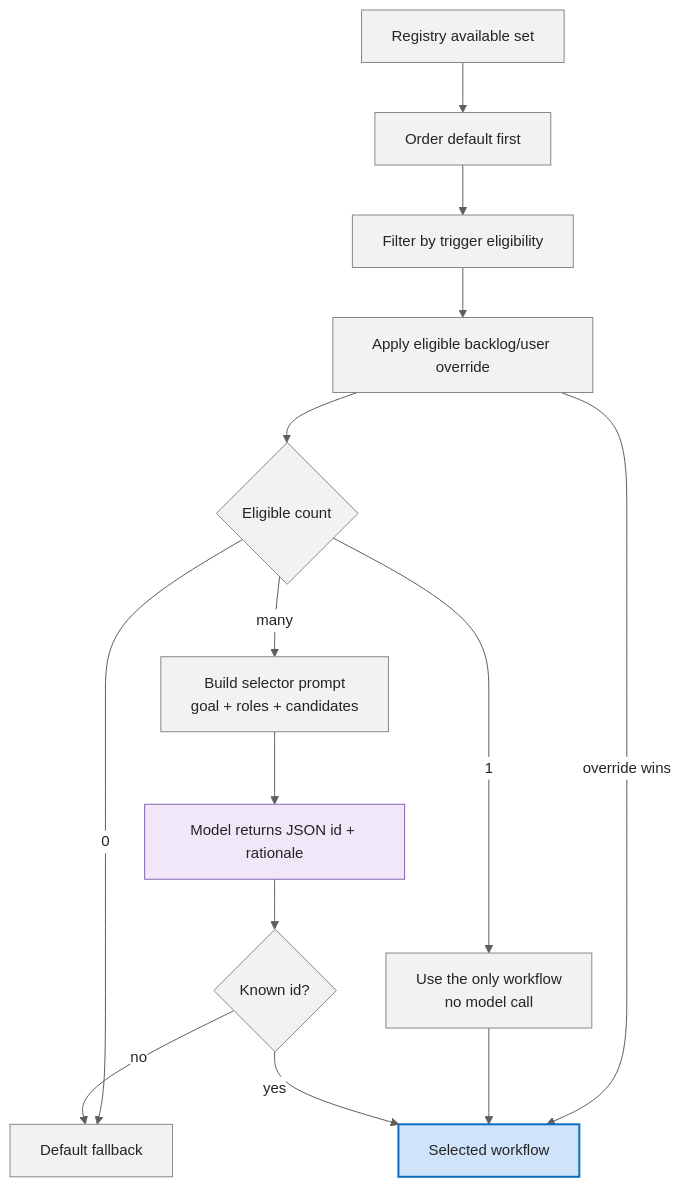
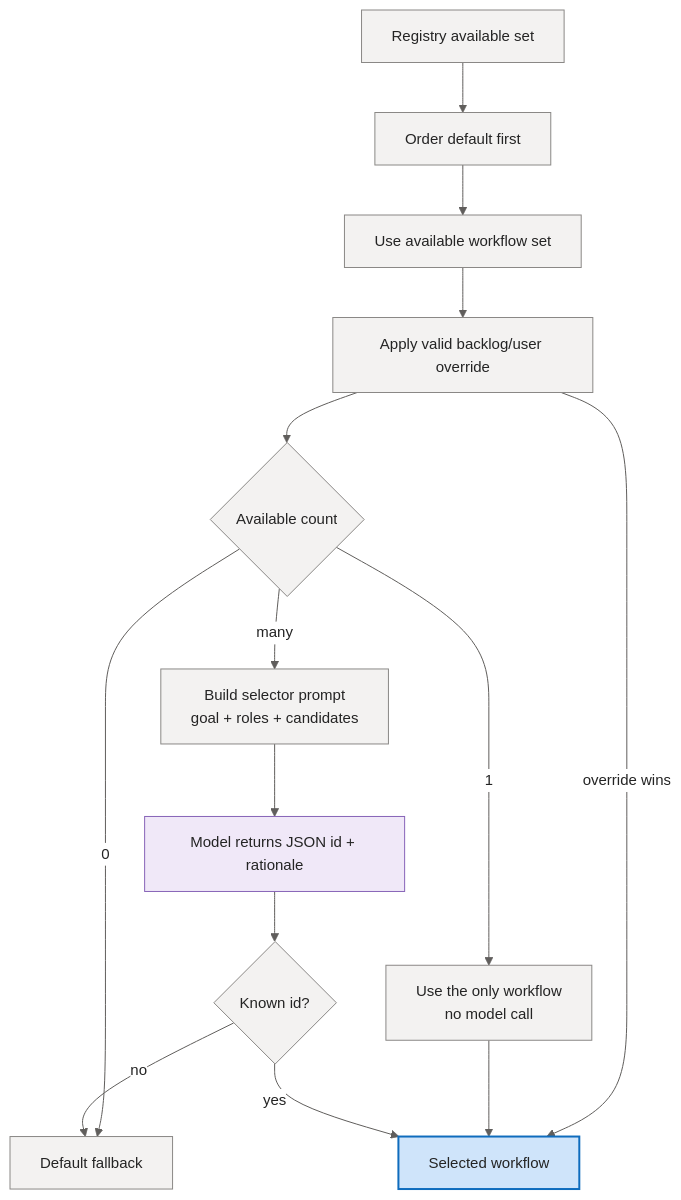
Before and after one commit to sabbour/agentweaver: the ninth of 11 diagrams in docs/deep-dive/workflow-engine.md, drawn with Mermaid. The commit also changed other lines of this file and 3 other files, not shown here.

````diff
--- a/docs/deep-dive/workflow-engine.md
+++ b/docs/deep-dive/workflow-engine.md
@@ -431,35 +414,35 @@
 ```mermaid
 %%{init: {'theme':'base','themeVariables':{'fontFamily':'Segoe UI, system-ui, -apple-system, sans-serif','fontSize':'15px','primaryColor':'#E8EEF9','primaryBorderColor':'#0F6CBD','primaryTextColor':'#242424','lineColor':'#605E5C','clusterBkg':'#FAF9F8','clusterBorder':'#D2D0CE','edgeLabelBackground':'#FFFFFF'}}}%%
 flowchart TD
     Registry[Registry available set]
     DefaultFirst[Order default first]
-    TriggerFilter[Filter by trigger eligibility]
-    OverrideCheck[Apply eligible backlog/user override]
-    Count{Eligible count}
+    Candidates[Use available workflow set]
+    OverrideCheck[Apply valid backlog/user override]
+    Count{Available count}
     Single[Use the only workflow<br/>no model call]
     Prompt[Build selector prompt<br/>goal + roles + candidates]
     Model[Model returns JSON id + rationale]
     Parse{Known id?}
     Selected[Selected workflow]
     Default[Default fallback]
 
-    Registry --> DefaultFirst --> TriggerFilter --> OverrideCheck --> Count
+    Registry --> DefaultFirst --> Candidates --> OverrideCheck --> Count
     OverrideCheck -- override wins --> Selected
     Count -- 0 --> Default
     Count -- 1 --> Single --> Selected
     Count -- many --> Prompt --> Model --> Parse
     Parse -- yes --> Selected
     Parse -- no --> Default
 
     classDef client fill:#E8EEF9,stroke:#0F6CBD,stroke-width:1px,color:#242424;
     classDef svc fill:#F3F2F1,stroke:#8A8886,stroke-width:1px,color:#242424;
     classDef core fill:#CFE4FA,stroke:#0F6CBD,stroke-width:2px,color:#242424;
     classDef data fill:#FFF4CE,stroke:#C19C00,stroke-width:1px,color:#242424;
     classDef ext fill:#F0E8F8,stroke:#8764B8,stroke-width:1px,color:#242424;
     classDef runtime fill:#DDF3DD,stroke:#107C10,stroke-width:1px,color:#242424;
     classDef evt fill:#D6F0F0,stroke:#038387,stroke-width:1px,color:#242424;
 
-    class Registry,DefaultFirst,TriggerFilter,OverrideCheck,Count,Single,Prompt,Parse,Default svc;
+    class Registry,DefaultFirst,Candidates,OverrideCheck,Count,Single,Prompt,Parse,Default svc;
     class Model ext;
     class Selected core;
 ```
````
